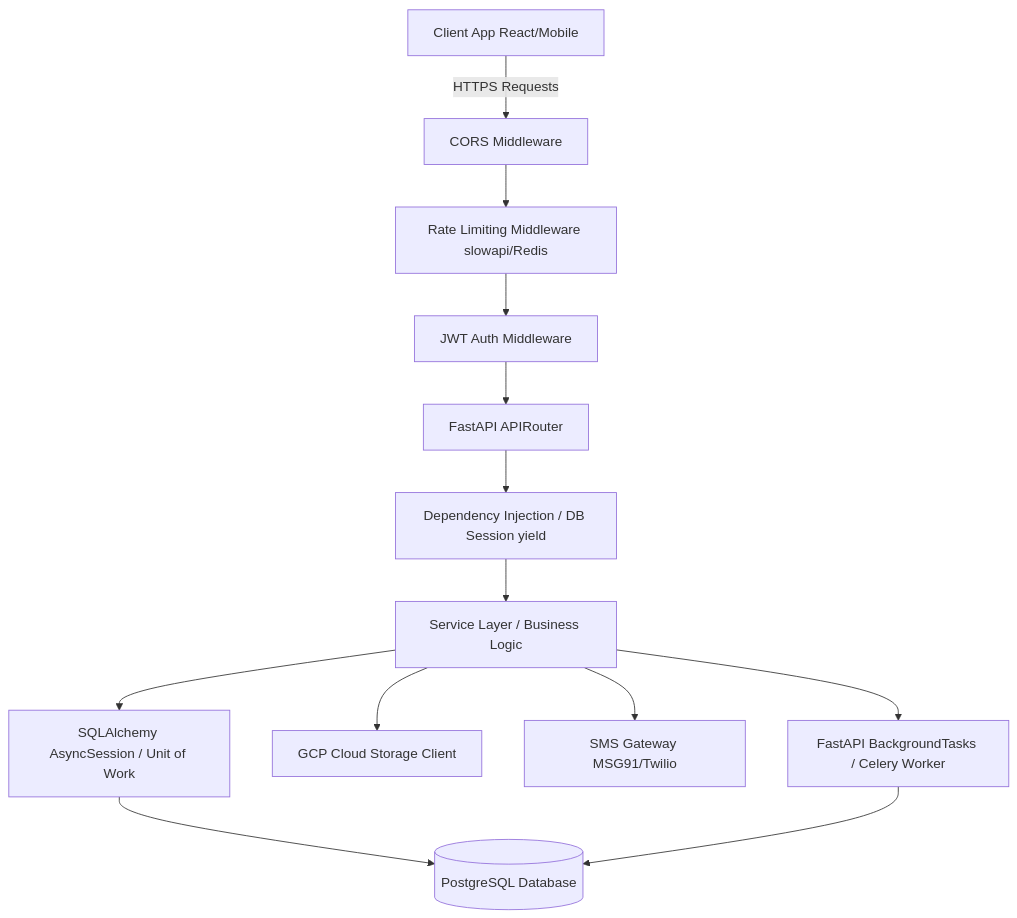
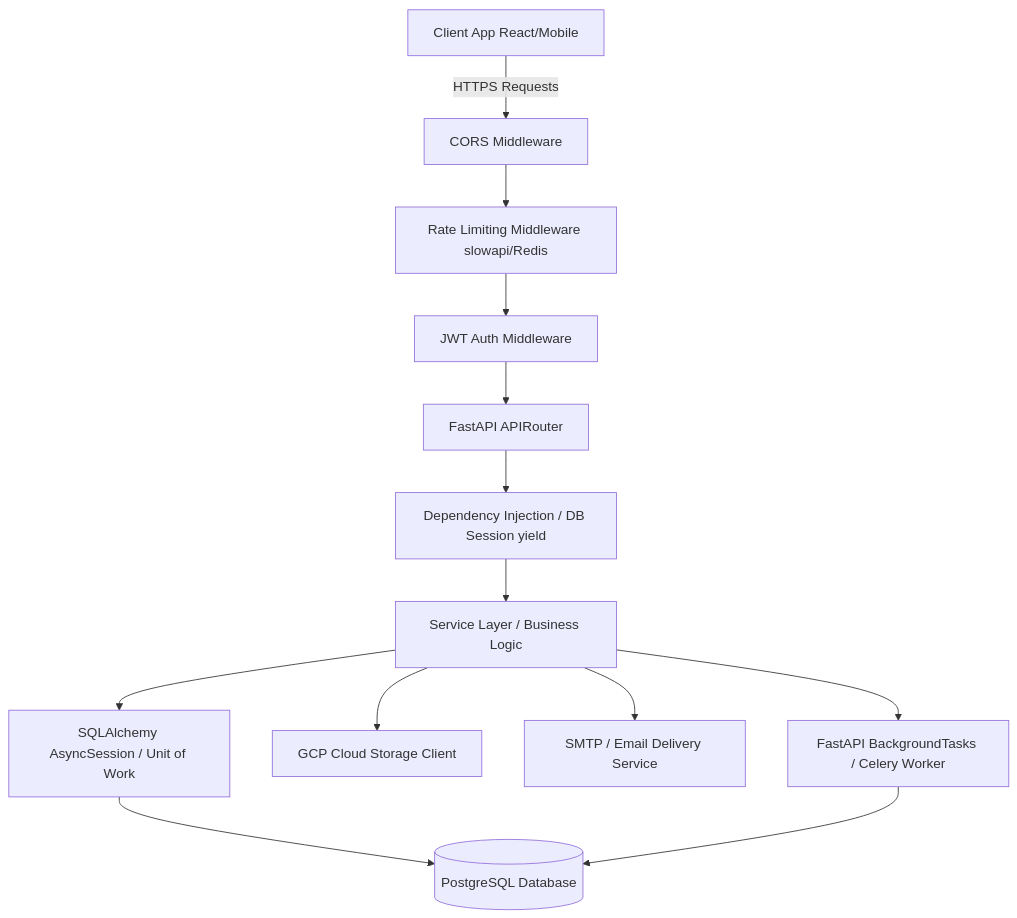
Before and after one commit to abhiyaligar/communityconnect: the first of 3 diagrams in docs/Backend_Technical.md, drawn with Mermaid. The commit also changed other lines of this file and 7 other files, not shown here.

````diff
--- a/docs/Backend_Technical.md
+++ b/docs/Backend_Technical.md
@@ -15,15 +15,15 @@
 ```mermaid
 graph TD
     ClientApp[Client App React/Mobile] -->|HTTPS Requests| CORS[CORS Middleware]
     CORS --> RateLimiter[Rate Limiting Middleware slowapi/Redis]
     RateLimiter --> AuthMiddleware[JWT Auth Middleware]
     AuthMiddleware --> Router[FastAPI APIRouter]
     Router --> DependencyInjection[Dependency Injection / DB Session yield]
     DependencyInjection --> Services[Service Layer / Business Logic]
     Services --> Transactions[SQLAlchemy AsyncSession / Unit of Work]
     Transactions --> Database[(PostgreSQL Database)]
     Services --> GCPStorage[GCP Cloud Storage Client]
-    Services --> SMSService[SMS Gateway MSG91/Twilio]
+    Services --> EmailService[SMTP / Email Delivery Service]
     Services --> TaskQueue[FastAPI BackgroundTasks / Celery Worker]
     TaskQueue --> Database
 ```
````
